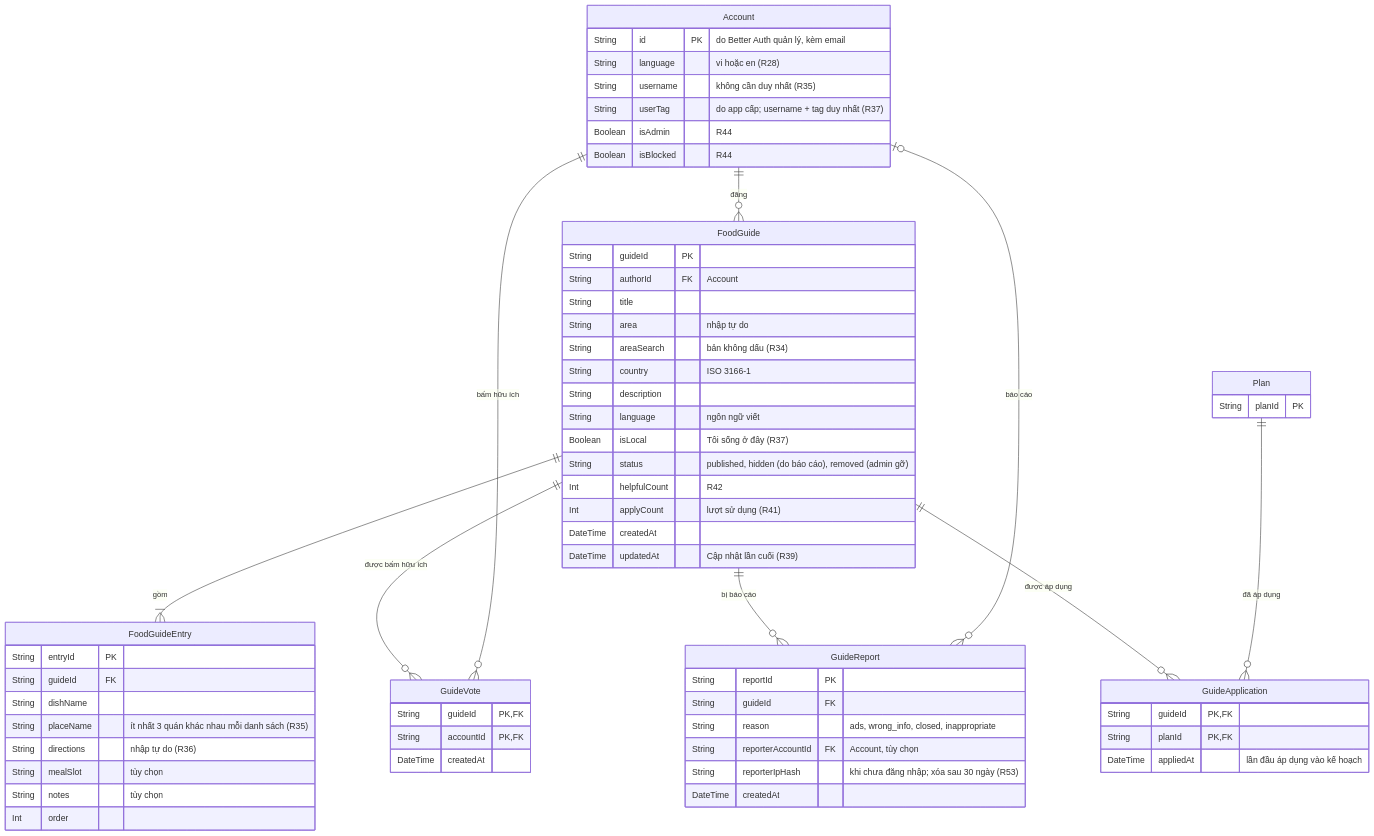
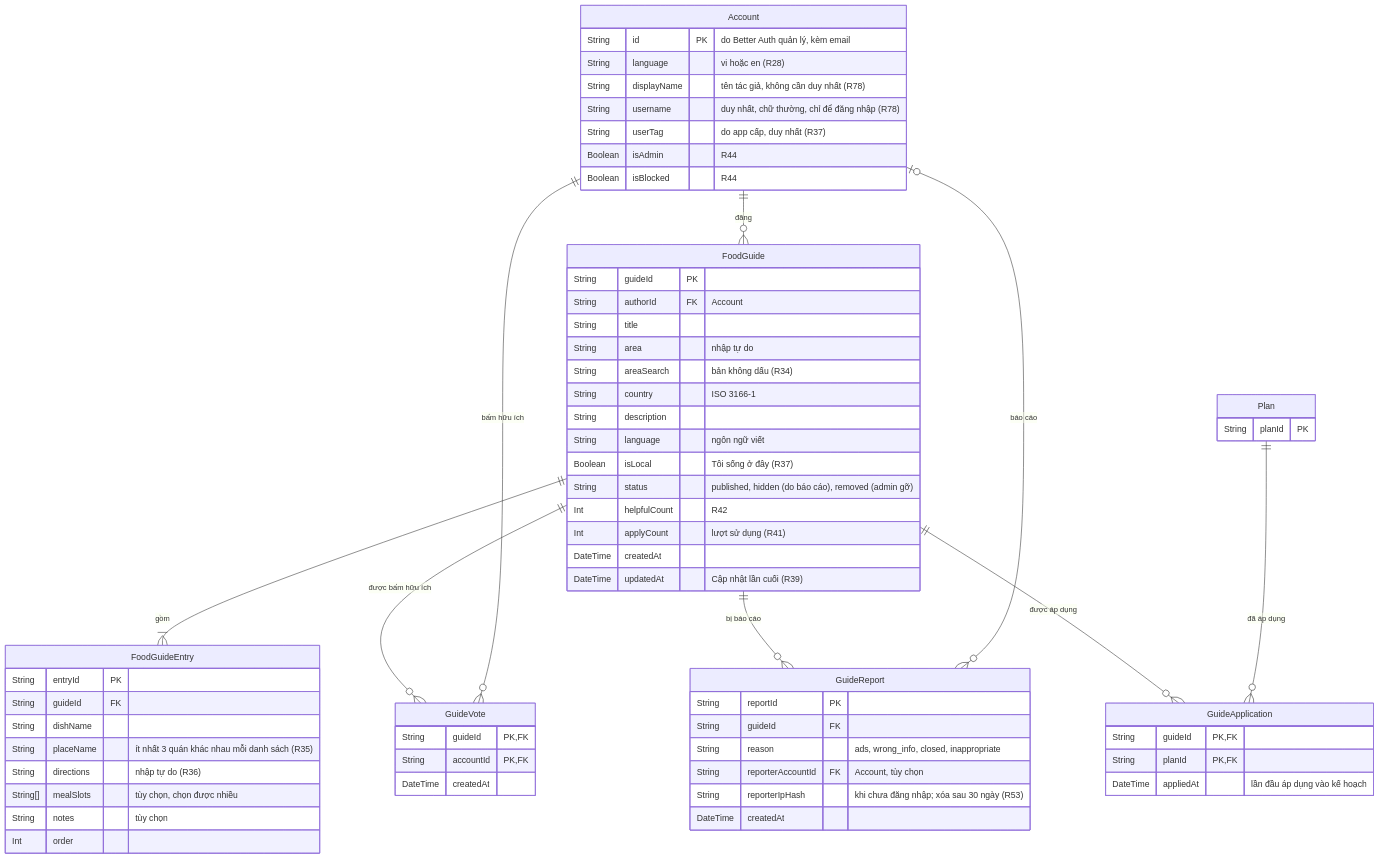
One commit to NguyenNTStudy/My_GoSplit changed the diagram in docs/data-model/02-goi-y-quan-an.md. Above: the diagram before and after it, drawn with Mermaid. The commit also changed 16 other files, not shown here.

````diff
--- a/docs/data-model/02-goi-y-quan-an.md
+++ b/docs/data-model/02-goi-y-quan-an.md
@@ -5,73 +5,74 @@
 ```mermaid
 erDiagram
   Account ||--o{ FoodGuide : "đăng"
   FoodGuide ||--|{ FoodGuideEntry : "gồm"
   FoodGuide ||--o{ GuideVote : "được bấm hữu ích"
   Account ||--o{ GuideVote : "bấm hữu ích"
   FoodGuide ||--o{ GuideReport : "bị báo cáo"
   Account |o--o{ GuideReport : "báo cáo"
   FoodGuide ||--o{ GuideApplication : "được áp dụng"
   Plan ||--o{ GuideApplication : "đã áp dụng"
 
   Account {
     String id PK "do Better Auth quản lý, kèm email"
     String language "vi hoặc en (R28)"
-    String username "không cần duy nhất (R35)"
-    String userTag "do app cấp; username + tag duy nhất (R37)"
+    String displayName "tên tác giả, không cần duy nhất (R78)"
+    String username "duy nhất, chữ thường, chỉ để đăng nhập (R78)"
+    String userTag "do app cấp, duy nhất (R37)"
     Boolean isAdmin "R44"
     Boolean isBlocked "R44"
   }
 
   FoodGuide {
     String guideId PK
     String authorId FK "Account"
     String title
     String area "nhập tự do"
     String areaSearch "bản không dấu (R34)"
     String country "ISO 3166-1"
     String description
     String language "ngôn ngữ viết"
     Boolean isLocal "Tôi sống ở đây (R37)"
     String status "published, hidden (do báo cáo), removed (admin gỡ)"
     Int helpfulCount "R42"
     Int applyCount "lượt sử dụng (R41)"
     DateTime createdAt
     DateTime updatedAt "Cập nhật lần cuối (R39)"
   }
 
   FoodGuideEntry {
     String entryId PK
     String guideId FK
     String dishName
     String placeName "ít nhất 3 quán khác nhau mỗi danh sách (R35)"
     String directions "nhập tự do (R36)"
-    String mealSlot "tùy chọn"
+    String[] mealSlots "tùy chọn, chọn được nhiều"
     String notes "tùy chọn"
     Int order
   }
 
   GuideVote {
     String guideId PK, FK
     String accountId PK, FK
     DateTime createdAt
   }
 
   GuideReport {
     String reportId PK
     String guideId FK
     String reason "ads, wrong_info, closed, inappropriate"
     String reporterAccountId FK "Account, tùy chọn"
     String reporterIpHash "khi chưa đăng nhập; xóa sau 30 ngày (R53)"
     DateTime createdAt
   }
 
   GuideApplication {
     String guideId PK, FK
     String planId PK, FK
     DateTime appliedAt "lần đầu áp dụng vào kế hoạch"
   }
 
   Plan {
     String planId PK
   }
 ```
````
